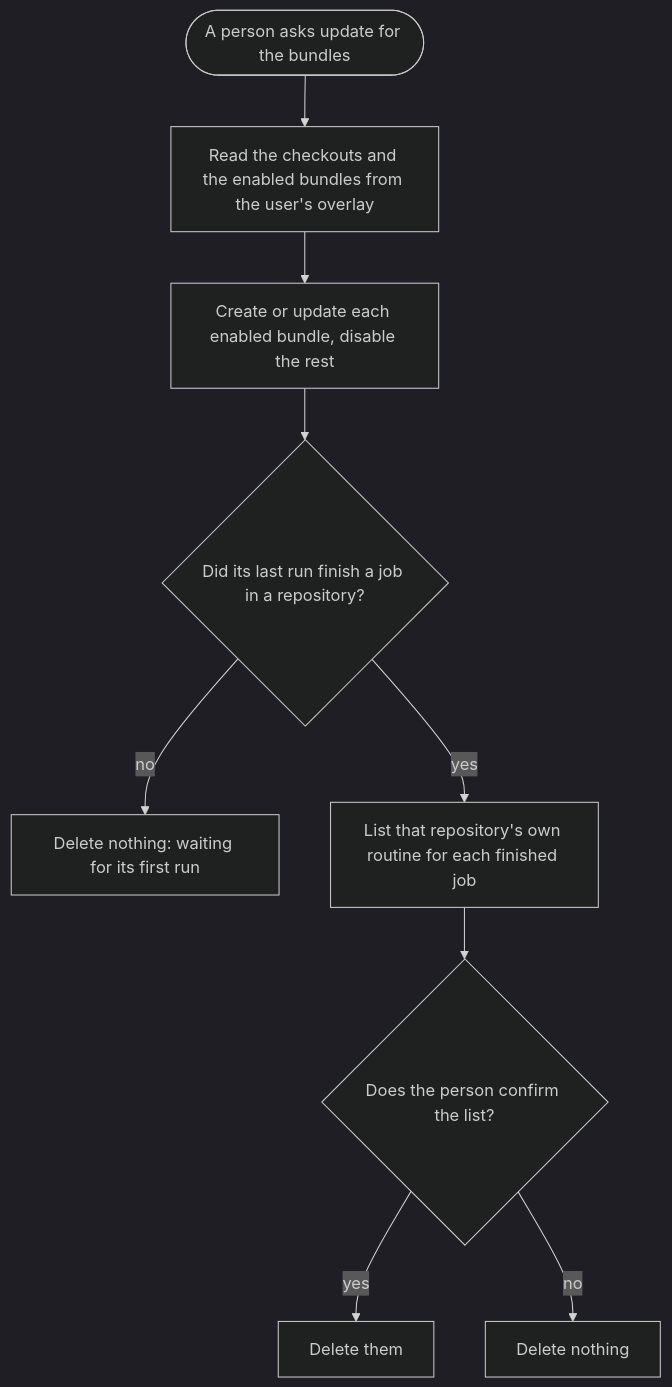
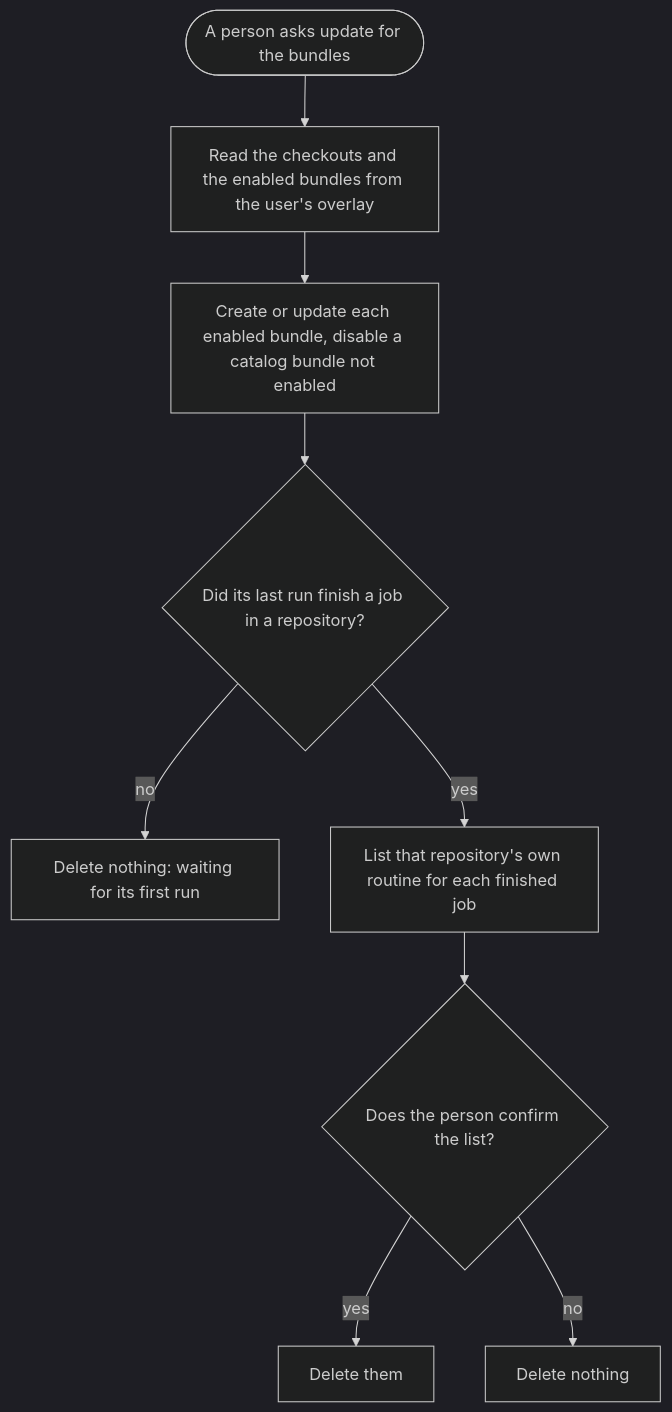
One commit to JSdotNet/devbook changed the third of 4 diagrams in .devbook/arc42/building-blocks/delivery-schedule.md. Above: the diagram before and after it, drawn with Mermaid (dark theme). The commit also changed other lines of this file, not shown here.

Commit message:
docs(arc42): match the bundle chapter to run-time prompt assembly

````diff
--- a/.devbook/arc42/building-blocks/delivery-schedule.md
+++ b/.devbook/arc42/building-blocks/delivery-schedule.md
@@ -447,11 +447,11 @@
 ```mermaid
 flowchart TD
     ask(["A person asks update for the bundles"]) --> read["Read the checkouts and the enabled bundles from the user's overlay"]
-    read --> sync["Create or update each enabled bundle, disable the rest"]
+    read --> sync["Create or update each enabled bundle, disable a catalog bundle not enabled"]
     sync --> passed{"Did its last run finish a job in a repository?"}
     passed -->|no| wait["Delete nothing: waiting for its first run"]
     passed -->|yes| list["List that repository's own routine for each finished job"]
     list --> confirm{"Does the person confirm the list?"}
     confirm -->|yes| delete["Delete them"]
     confirm -->|no| keep["Delete nothing"]
 ```
````
